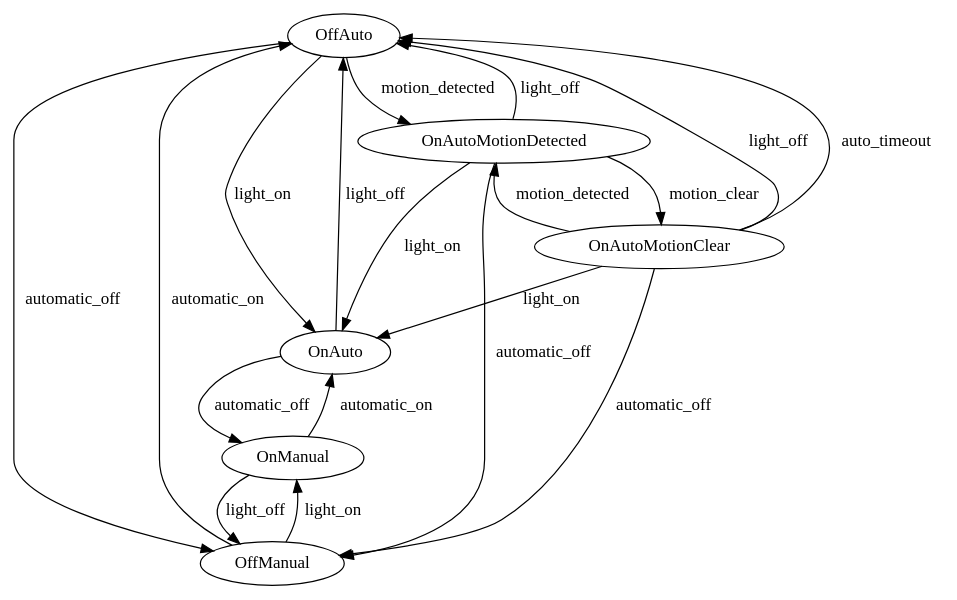
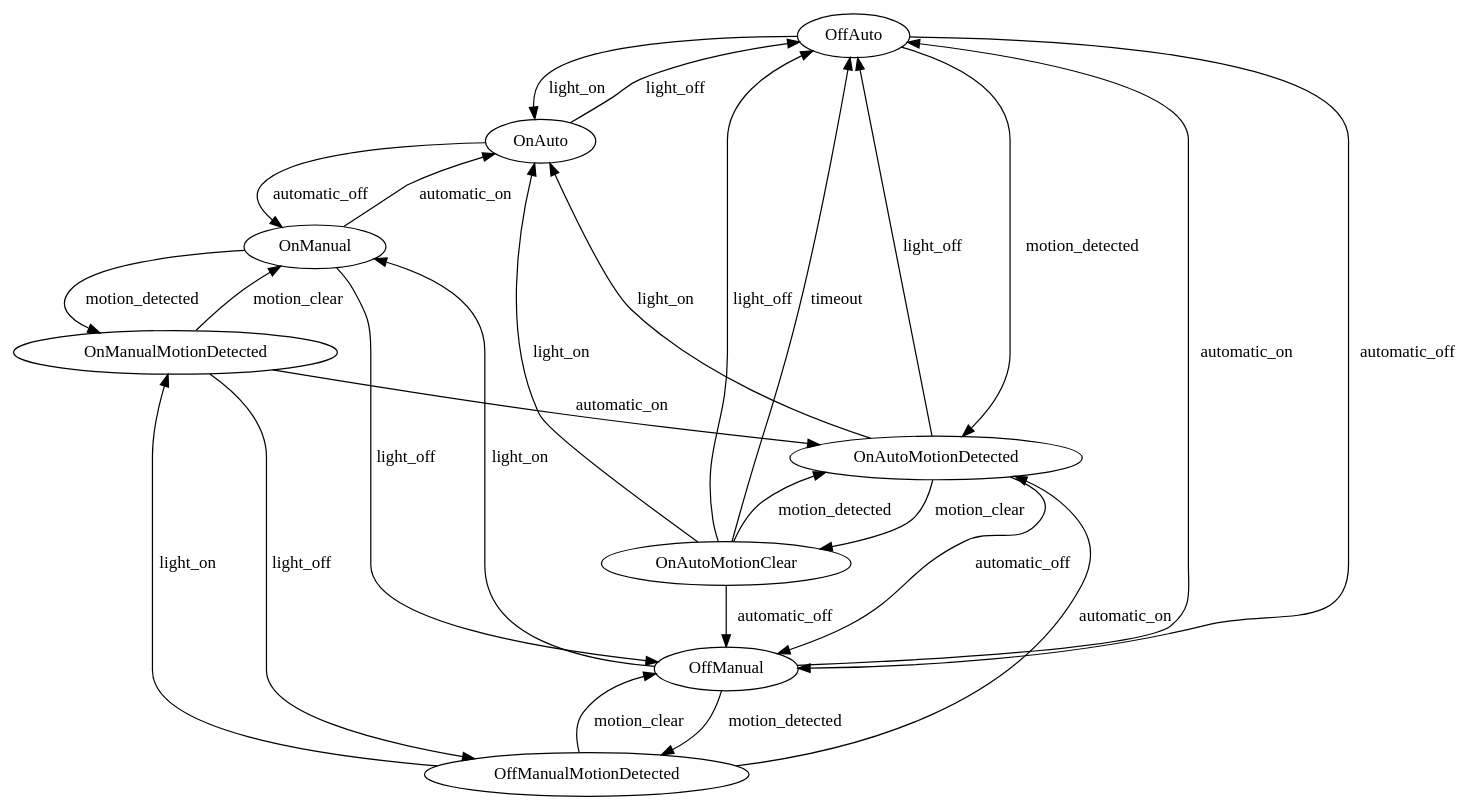
Before and after one commit to multipolygon/home-assistant-micropython: the diagram in src/pir_security_light/state_machine.dot, drawn with Graphviz. The commit also changed 3 other files, not shown here.

```diff
--- a/src/pir_security_light/state_machine.dot
+++ b/src/pir_security_light/state_machine.dot
@@ -1,25 +1,35 @@
 digraph G {
   "OffAuto" -> "OnAuto" [label="light_on"]
   "OffAuto" -> "OffManual" [label="automatic_off"]
   "OffAuto" -> "OnAutoMotionDetected" [label="motion_detected"]
 
-  "OffManual" -> "OnManual" [label="light_on"]
-  "OffManual" -> "OffAuto" [label="automatic_on"]
-
   "OnAuto" -> "OffAuto" [label="light_off"]
   "OnAuto" -> "OnManual" [label="automatic_off"]
-
-  "OnManual" -> "OffManual" [label="light_off"]
-  "OnManual" -> "OnAuto" [label="automatic_on"]
 
   "OnAutoMotionDetected" -> "OnAuto" [label="light_on"]
   "OnAutoMotionDetected" -> "OffAuto" [label="light_off"]
   "OnAutoMotionDetected" -> "OffManual" [label="automatic_off"]
   "OnAutoMotionDetected" -> "OnAutoMotionClear" [label="motion_clear"]
 
   "OnAutoMotionClear" -> "OnAuto" [label="light_on"]
   "OnAutoMotionClear" -> "OffAuto" [label="light_off"]
   "OnAutoMotionClear" -> "OffManual" [label="automatic_off"]
   "OnAutoMotionClear" -> "OnAutoMotionDetected" [label="motion_detected"]
-  "OnAutoMotionClear" -> "OffAuto" [label="auto_timeout"]
+  "OnAutoMotionClear" -> "OffAuto" [label="timeout"]
+
+  "OffManual" -> "OnManual" [label="light_on"]
+  "OffManual" -> "OffAuto" [label="automatic_on"]
+  "OffManual" -> "OffManualMotionDetected" [label="motion_detected"]
+
+  "OnManual" -> "OffManual" [label="light_off"]
+  "OnManual" -> "OnAuto" [label="automatic_on"]
+  "OnManual" -> "OnManualMotionDetected" [label="motion_detected"]
+  
+  "OffManualMotionDetected" -> "OnManualMotionDetected" [label="light_on"]
+  "OffManualMotionDetected" -> "OnAutoMotionDetected" [label="automatic_on"]
+  "OffManualMotionDetected" -> "OffManual" [label="motion_clear"]
+  
+  "OnManualMotionDetected" -> "OffManualMotionDetected" [label="light_off"]
+  "OnManualMotionDetected" -> "OnAutoMotionDetected" [label="automatic_on"]
+  "OnManualMotionDetected" -> "OnManual" [label="motion_clear"]
 }
```
